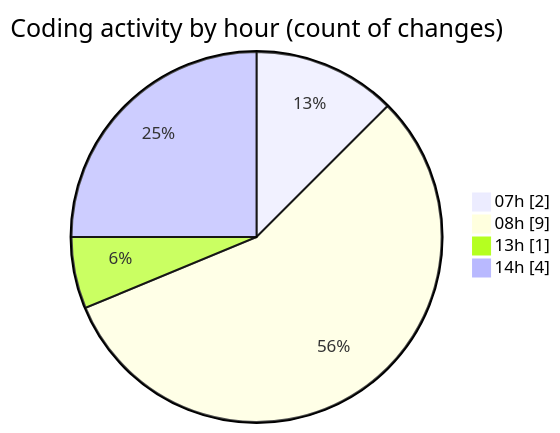
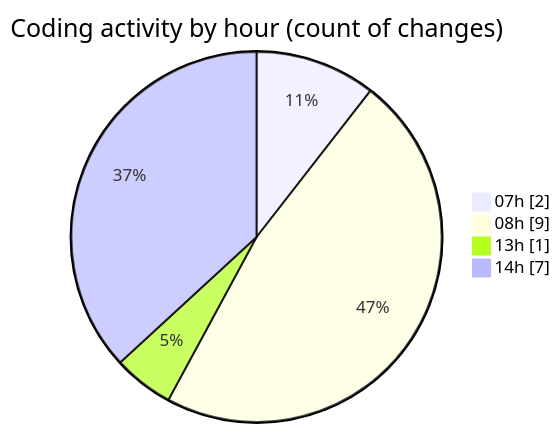
One commit to Elitesun/code-tracking changed the second of 2 diagrams in 2025-05-14/niten/README.md. Above: the diagram before and after it, drawn with Mermaid. The commit also changed other lines of this file and 1 other file, not shown here.

````diff
--- a/2025-05-14/niten/README.md
+++ b/2025-05-14/niten/README.md
@@ -38,8 +40,8 @@
 ```mermaid
 pie showData
 title Coding activity by hour (count of changes)
 "07h" : 2
 "08h" : 9
 "13h" : 1
-"14h" : 4
+"14h" : 7
 ```
````
